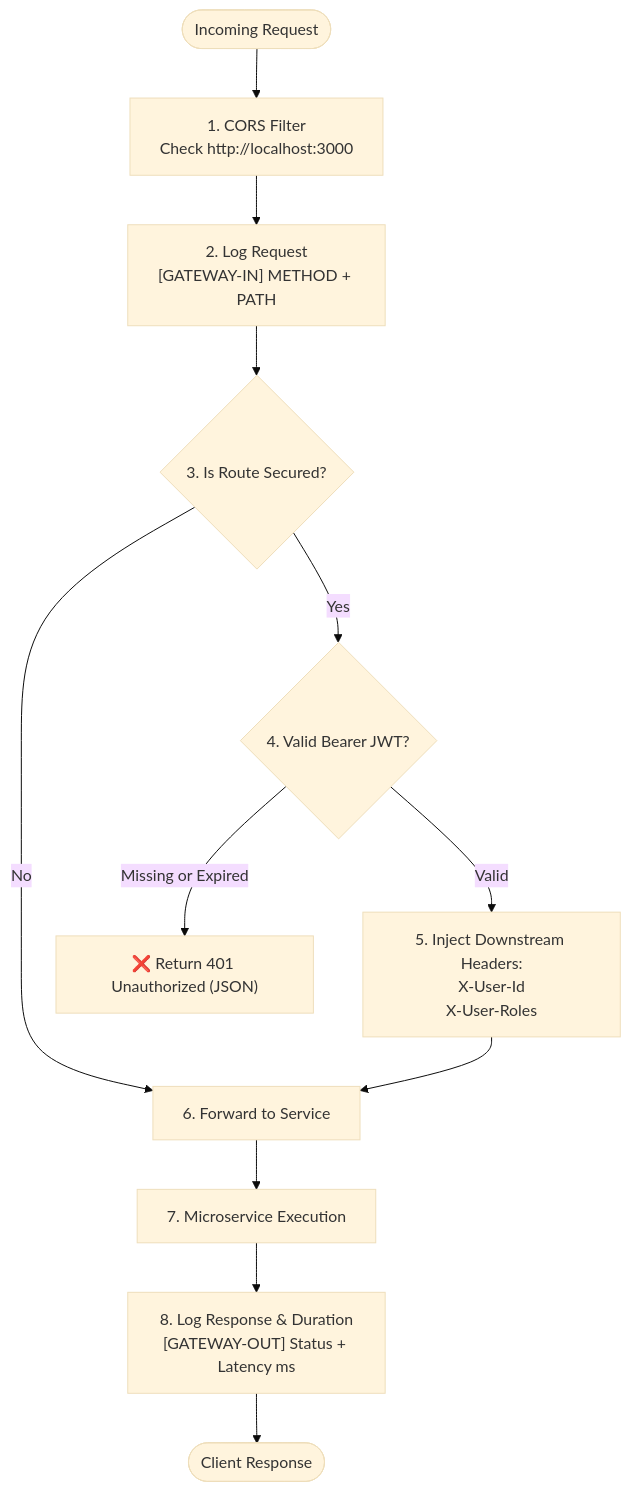
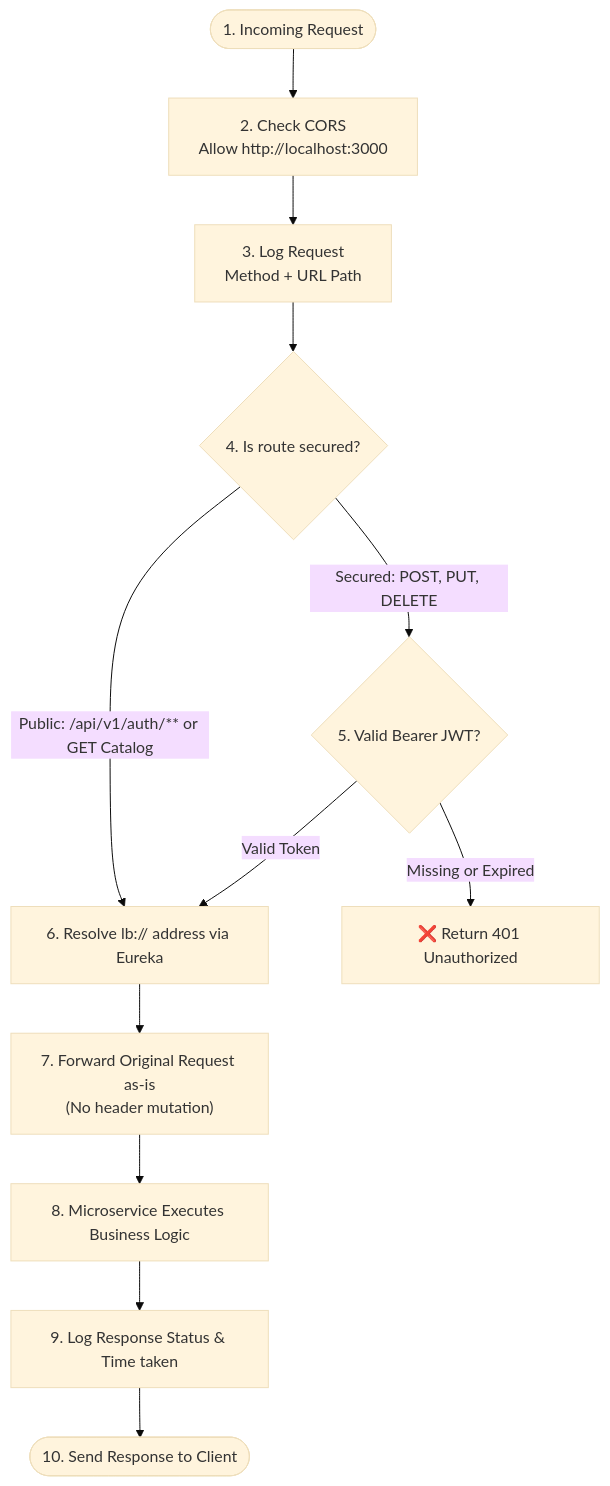
The fourth of 8 diagrams in FLOW.md (aaron18072002/eSupermarket), drawn with Mermaid (base theme) before and after one commit. The commit also changed other lines of this file and 35 other files, not shown here.

````diff
--- a/FLOW.md
+++ b/FLOW.md
@@ -35,17 +98,17 @@
 ```mermaid
 flowchart TD
-    In(["Incoming Request"]) --> CORS["1. CORS Filter\nCheck http://localhost:3000"]
-    CORS --> LogIn["2. Log Request\n[GATEWAY-IN] METHOD + PATH"]
-    LogIn --> Check{"3. Is Route Secured?"}
+    In(["1. Incoming Request"]) --> CORS["2. Check CORS\nAllow http://localhost:3000"]
+    CORS --> LogIn["3. Log Request\nMethod + URL Path"]
+    LogIn --> CheckSec{"4. Is route secured?"}
     
-    Check -->|No| Route
-    Check -->|Yes| Token{"4. Valid Bearer JWT?"}
+    CheckSec -->|Public: /api/v1/auth/** or GET Catalog| Resolve["6. Resolve lb:// address via Eureka"]
+    CheckSec -->|Secured: POST, PUT, DELETE| CheckToken{"5. Valid Bearer JWT?"}
     
-    Token -->|Missing or Expired| Reject["❌ Return 401 Unauthorized (JSON)"]
-    Token -->|Valid| Inject["5. Inject Downstream Headers:\nX-User-Id\nX-User-Roles"]
+    CheckToken -->|Missing or Expired| Reject["❌ Return 401 Unauthorized"]
+    CheckToken -->|Valid Token| Resolve
     
-    Inject --> Route["6. Forward to Service"]
-    Route --> Downstream["7. Microservice Execution"]
-    Downstream --> LogOut["8. Log Response & Duration\n[GATEWAY-OUT] Status + Latency ms"]
-    LogOut --> Out(["Client Response"])
+    Resolve --> Forward["7. Forward Original Request as-is\n(No header mutation)"]
+    Forward --> RunService["8. Microservice Executes Business Logic"]
+    RunService --> LogOut["9. Log Response Status & Time taken"]
+    LogOut --> Done(["10. Send Response to Client"])
 ```
````
